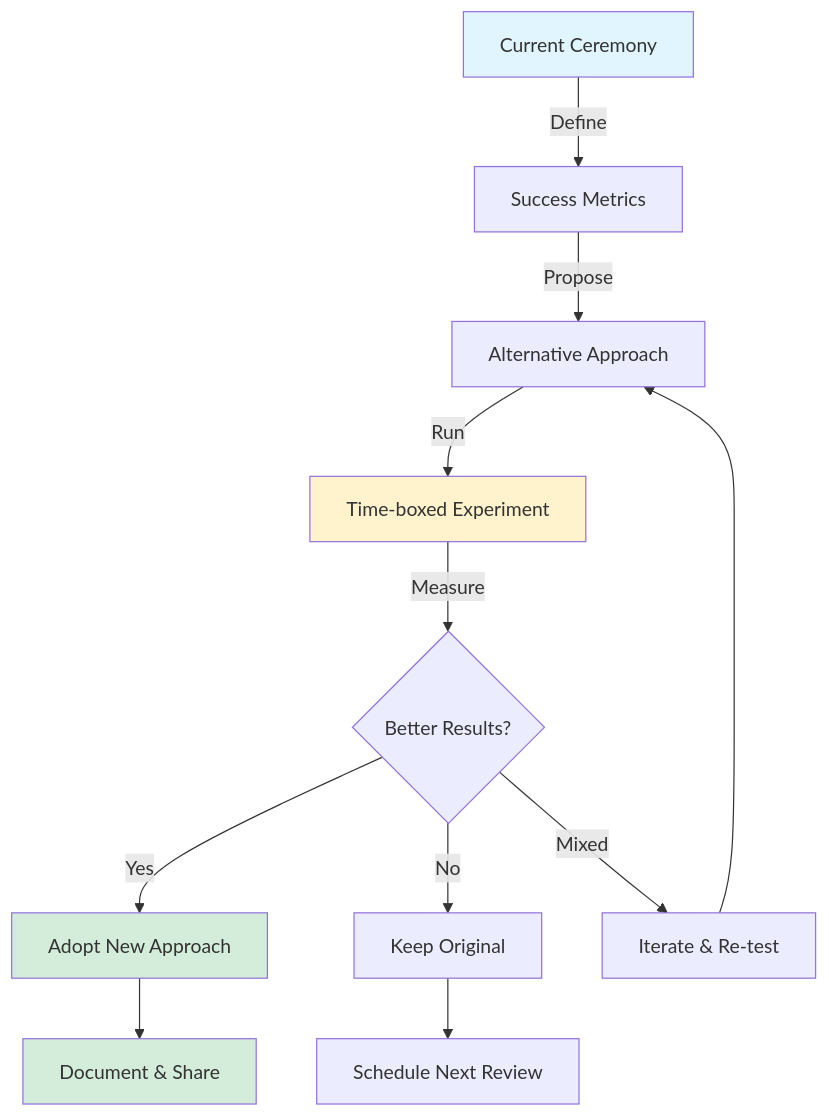
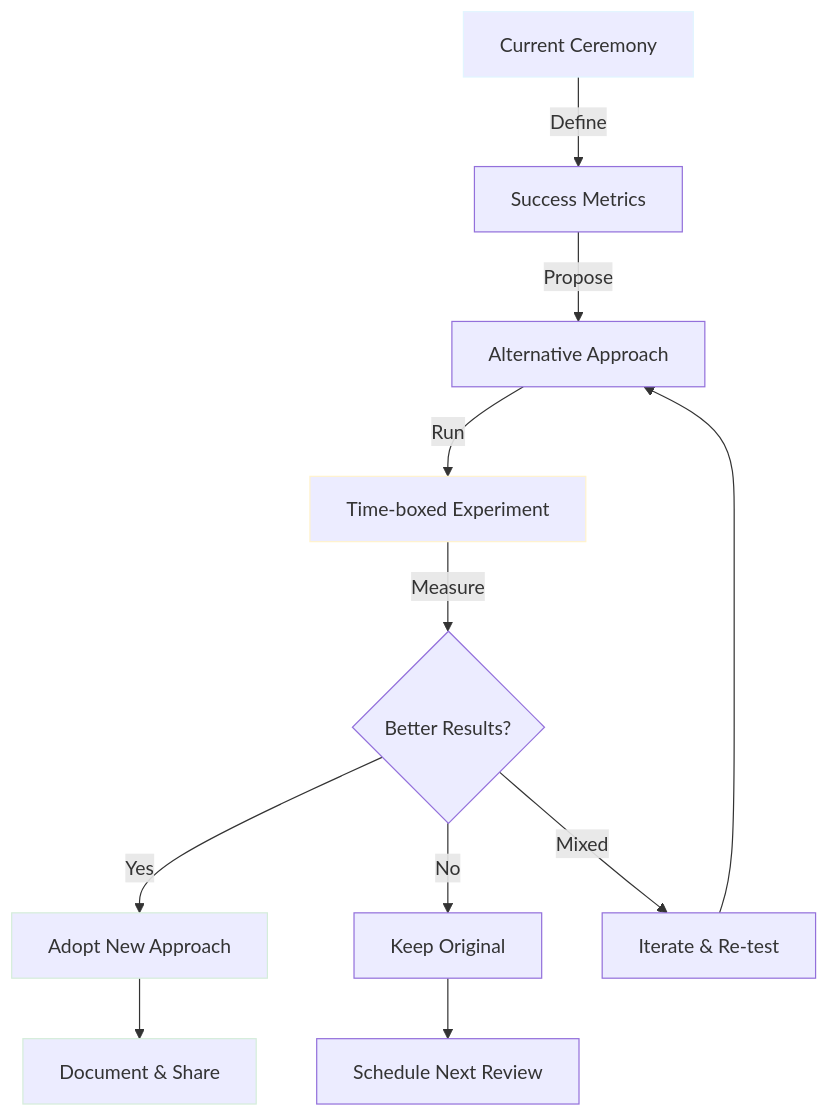
The fifth of 6 diagrams in Mostlylucid/Markdown/agile-standups-ceremony-tax.md (Shaddix/mostlylucidweb), drawn with Mermaid before and after one commit. The commit also changed other lines of this file, not shown here.

First line of the commit message:
fix: update Mermaid diagrams to use stroke instead of fill for dark mode compatibility

````diff
--- a/Mostlylucid/Markdown/agile-standups-ceremony-tax.md
+++ b/Mostlylucid/Markdown/agile-standups-ceremony-tax.md
@@ -267,19 +267,19 @@
 ```mermaid
 graph TD
     A[Current Ceremony] -->|Define| B[Success Metrics]
     B -->|Propose| C[Alternative Approach]
     C -->|Run| D[Time-boxed Experiment]
     D -->|Measure| E{Better Results?}
     E -->|Yes| F[Adopt New Approach]
     E -->|No| G[Keep Original]
     E -->|Mixed| H[Iterate & Re-test]
 
     F --> I[Document & Share]
     G --> J[Schedule Next Review]
     H --> C
 
-    style A fill:#e1f5ff
-    style D fill:#fff3cd
-    style F fill:#d4edda
-    style I fill:#d4edda
+    style A stroke:#e1f5ff
+    style D stroke:#fff3cd
+    style F stroke:#d4edda
+    style I stroke:#d4edda
 ```
````
